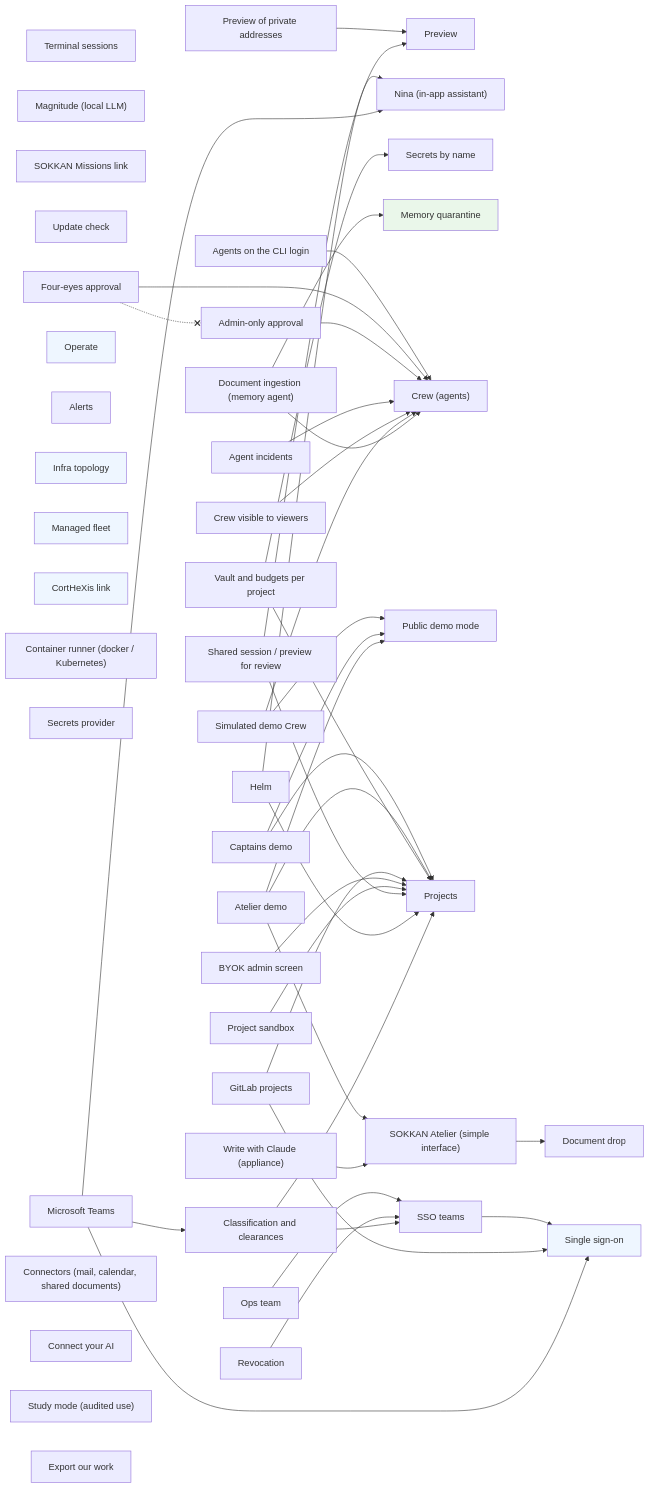
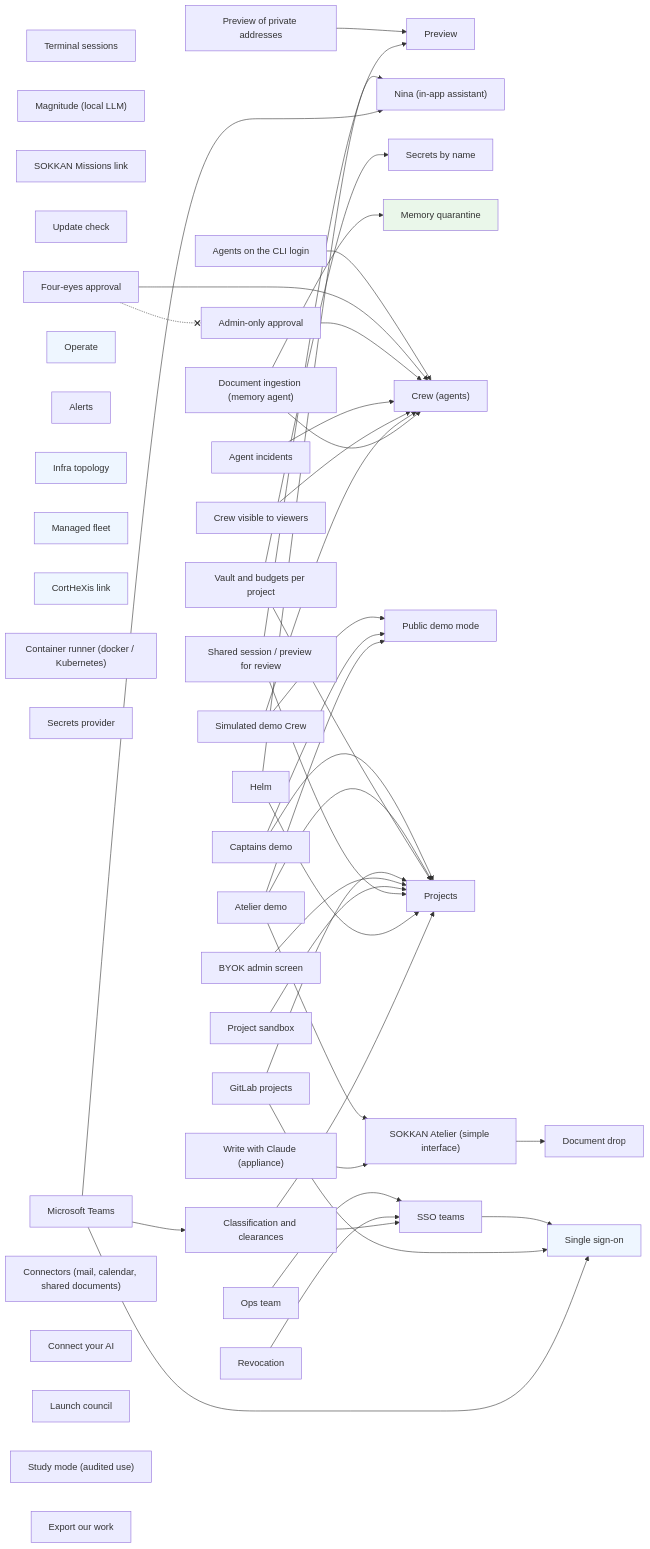
One commit to ninabot-ch/sokkan changed the diagram in docs/enterprise/FEATURES.md. Above: the diagram before and after it, drawn with Mermaid. The commit also changed other lines of this file and 40 other files, not shown here.

First line of the commit message:
feat(council): launch council, experimental (feature `council`, 4.1)

```diff
--- a/docs/enterprise/FEATURES.md
+++ b/docs/enterprise/FEATURES.md
@@ -112,6 +113,7 @@
   doc_ingest["Document ingestion (memory agent)"]
   connectors["Connectors (mail, calendar, shared documents)"]
   connect_ai["Connect your AI"]
+  council["Launch council"]
   study_mode["Study mode (audited use)"]
   documents["Document drop"]
   simple_profile["SOKKAN Atelier (simple interface)"]
```
